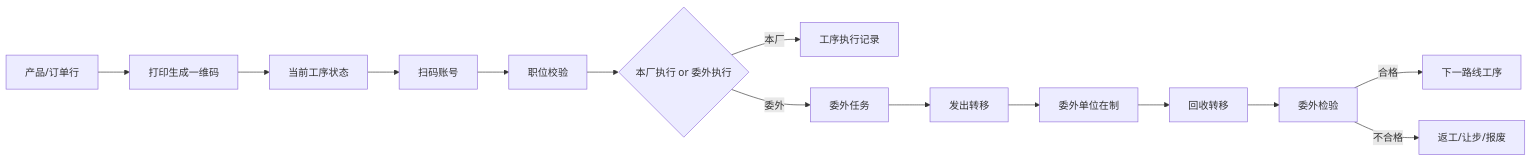
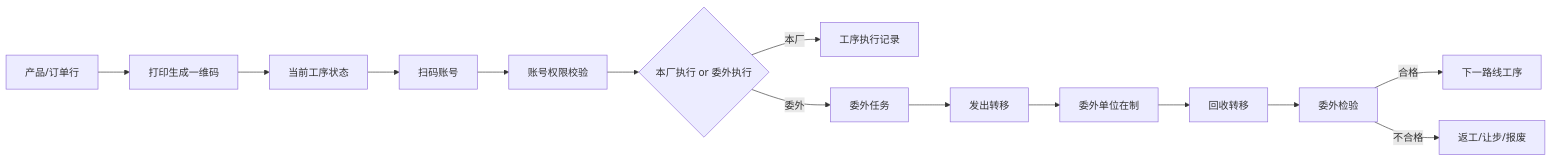
The third of 3 diagrams in docs/architecture/生产架构与委外边界设计.md (tanzanite2025/erp-mes-crm-plm), drawn with Mermaid before and after one commit. The commit also changed other lines of this file and 17 other files, not shown here.

````diff
--- a/docs/architecture/生产架构与委外边界设计.md
+++ b/docs/architecture/生产架构与委外边界设计.md
@@ -454,16 +452,16 @@
 ```mermaid
 flowchart LR
   A["产品/订单行"] --> B["打印生成一维码"]
   B --> C["当前工序状态"]
   C --> D["扫码账号"]
-  D --> E["职位校验"]
+  D --> E["账号权限校验"]
   E --> F{"本厂执行 or 委外执行"}
   F -->|本厂| G["工序执行记录"]
   F -->|委外| H["委外任务"]
   H --> I["发出转移"]
   I --> J["委外单位在制"]
   J --> K["回收转移"]
   K --> L["委外检验"]
   L -->|合格| M["下一路线工序"]
   L -->|不合格| N["返工/让步/报废"]
 ```
````
